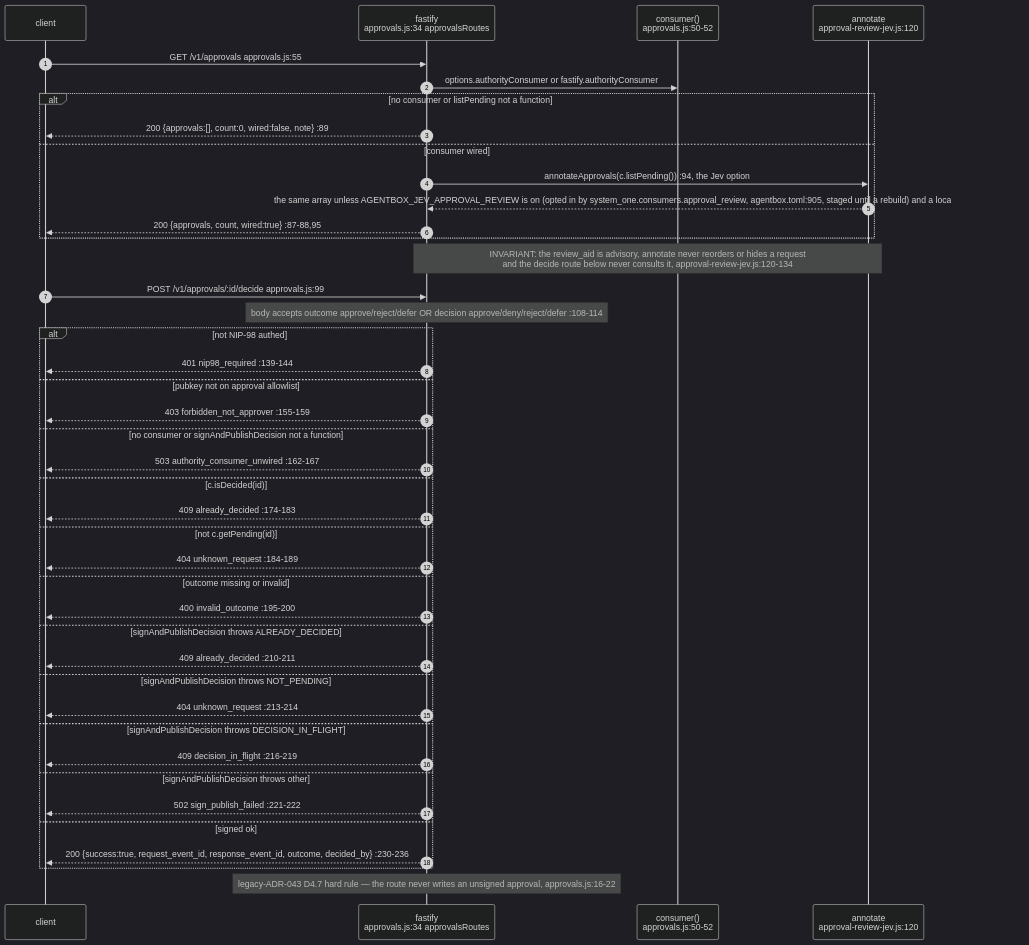
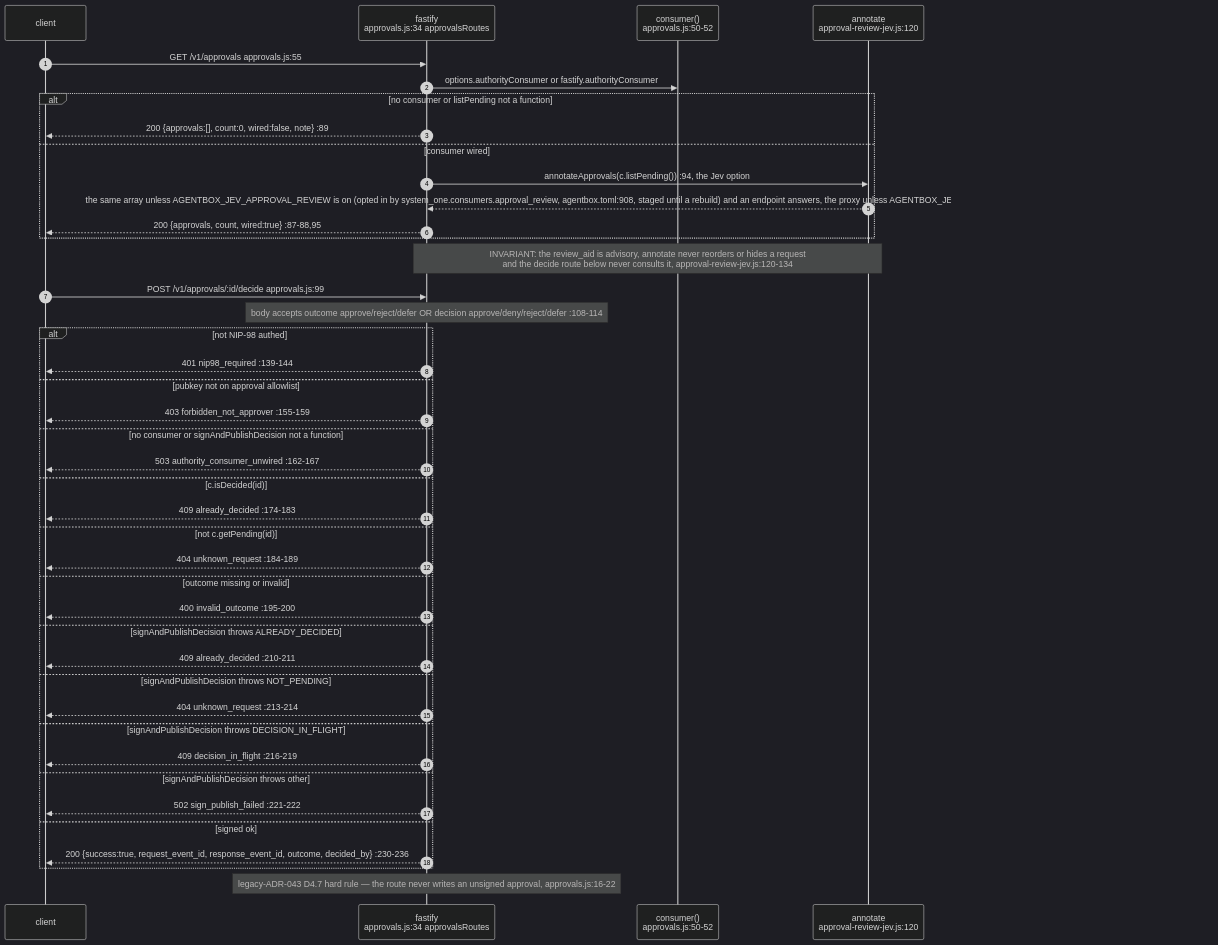
Before and after one commit to DreamLab-AI/VisionFlow: the fifth of 15 diagrams in docs/diagrams/agentbox/14-governance-journal-actions-approvals.md, drawn with Mermaid (dark theme). The commit also changed other lines of this file and 142 other files, not shown here.

First line of the commit message:
docs(diagrams): one System One route; re-verify 140 topics at today's heads

````diff
--- a/docs/diagrams/agentbox/14-governance-journal-actions-approvals.md
+++ b/docs/diagrams/agentbox/14-governance-journal-actions-approvals.md
@@ -264,46 +264,46 @@
 ```mermaid
 sequenceDiagram
     autonumber
     participant C as client
     participant FA as fastify<br/>approvals.js:34 approvalsRoutes
     participant CON as consumer()<br/>approvals.js:50-52
     participant AJ as annotate<br/>approval-review-jev.js:120
 
     C->>FA: GET /v1/approvals approvals.js:55
     FA->>CON: options.authorityConsumer or fastify.authorityConsumer
     alt no consumer or listPending not a function
         FA-->>C: 200 {approvals:[], count:0, wired:false, note} :89
     else consumer wired
         FA->>AJ: annotateApprovals(c.listPending()) :94, the Jev option
-        AJ-->>FA: the same array unless AGENTBOX_JEV_APPROVAL_REVIEW is on (opted in by system_one.consumers.approval_review, agentbox.toml:905, staged until a rebuild) and a local endpoint answers
+        AJ-->>FA: the same array unless AGENTBOX_JEV_APPROVAL_REVIEW is on (opted in by system_one.consumers.approval_review, agentbox.toml:908, staged until a rebuild) and an endpoint answers, the proxy unless AGENTBOX_JEV_APPROVAL_LOCAL_ONLY=1 (approval-review-jev.js:20-24,127)
         FA-->>C: 200 {approvals, count, wired:true} :87-88,95
     end
     Note over FA,AJ: INVARIANT: the review_aid is advisory, annotate never reorders or hides a request<br/>and the decide route below never consults it, approval-review-jev.js:120-134
 
     C->>FA: POST /v1/approvals/:id/decide approvals.js:99
     Note over FA: body accepts outcome approve/reject/defer OR decision approve/deny/reject/defer :108-114
     alt not NIP-98 authed
         FA-->>C: 401 nip98_required :139-144
     else pubkey not on approval allowlist
         FA-->>C: 403 forbidden_not_approver :155-159
     else no consumer or signAndPublishDecision not a function
         FA-->>C: 503 authority_consumer_unwired :162-167
     else c.isDecided(id)
         FA-->>C: 409 already_decided :174-183
     else not c.getPending(id)
         FA-->>C: 404 unknown_request :184-189
     else outcome missing or invalid
         FA-->>C: 400 invalid_outcome :195-200
     else signAndPublishDecision throws ALREADY_DECIDED
         FA-->>C: 409 already_decided :210-211
     else signAndPublishDecision throws NOT_PENDING
         FA-->>C: 404 unknown_request :213-214
     else signAndPublishDecision throws DECISION_IN_FLIGHT
         FA-->>C: 409 decision_in_flight :216-219
     else signAndPublishDecision throws other
         FA-->>C: 502 sign_publish_failed :221-222
     else signed ok
         FA-->>C: 200 {success:true, request_event_id, response_event_id, outcome, decided_by} :230-236
     end
     Note over FA: legacy-ADR-043 D4.7 hard rule — the route never writes an unsigned approval, approvals.js:16-22
 ```
````
